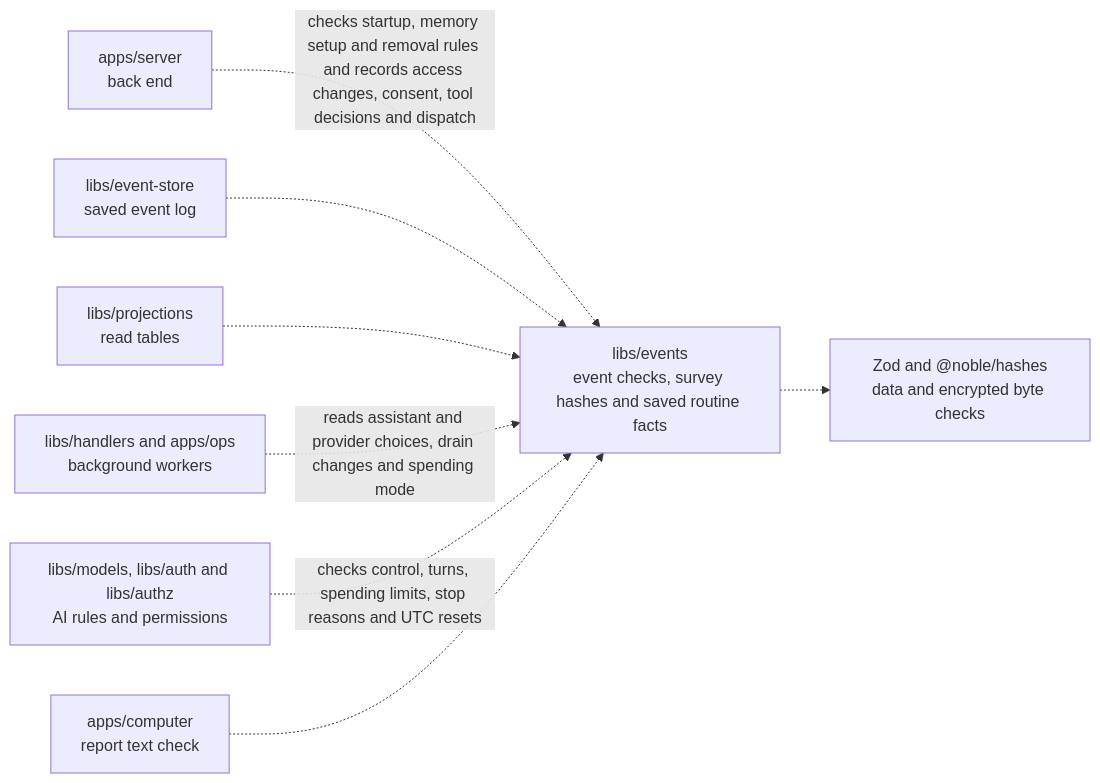
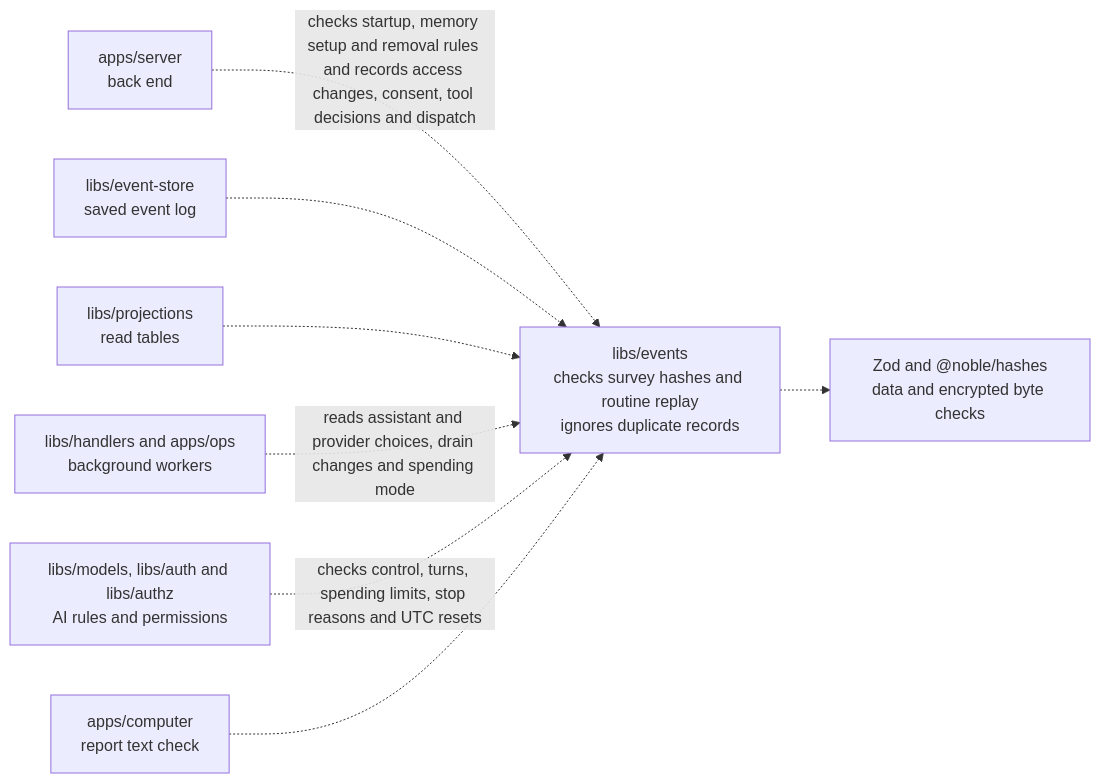
Before and after one commit to elewa-git/opencrane-new: the diagram in libs/events/README.md, drawn with Mermaid. The commit also changed other lines of this file and 3 other files, not shown here.

Commit message:
🧾 Keep duplicate routine records from replacing later facts

````diff
--- a/libs/events/README.md
+++ b/libs/events/README.md
@@ -24,10 +24,10 @@
 ```mermaid
 flowchart LR
-  server["apps/server<br/>back end"] -.->|checks startup, memory setup and removal rules and records access changes, consent, tool decisions and dispatch| events["libs/events<br/>event checks, survey hashes and saved routine facts"]
+  server["apps/server<br/>back end"] -.->|checks startup, memory setup and removal rules and records access changes, consent, tool decisions and dispatch| events["libs/events<br/>checks survey hashes and routine replay<br/>ignores duplicate records"]
   store["libs/event-store<br/>saved event log"] -.-> events
   projections["libs/projections<br/>read tables"] -.-> events
   workers["libs/handlers and apps/ops<br/>background workers"] -.->|reads assistant and provider choices, drain changes and spending mode| events
   others["libs/models, libs/auth and libs/authz<br/>AI rules and permissions"] -.->|checks control, turns, spending limits, stop reasons and UTC resets| events
   computer["apps/computer<br/>report text check"] -.-> events
   events -.-> checks["Zod and @noble/hashes<br/>data and encrypted byte checks"]
 ```
````
